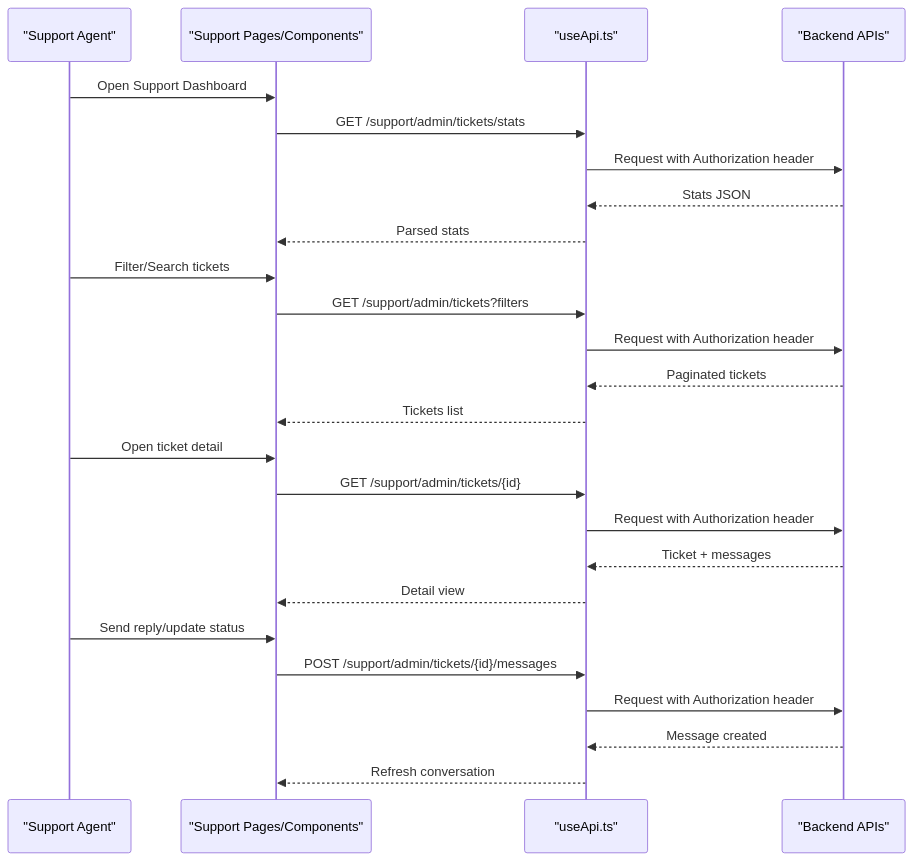
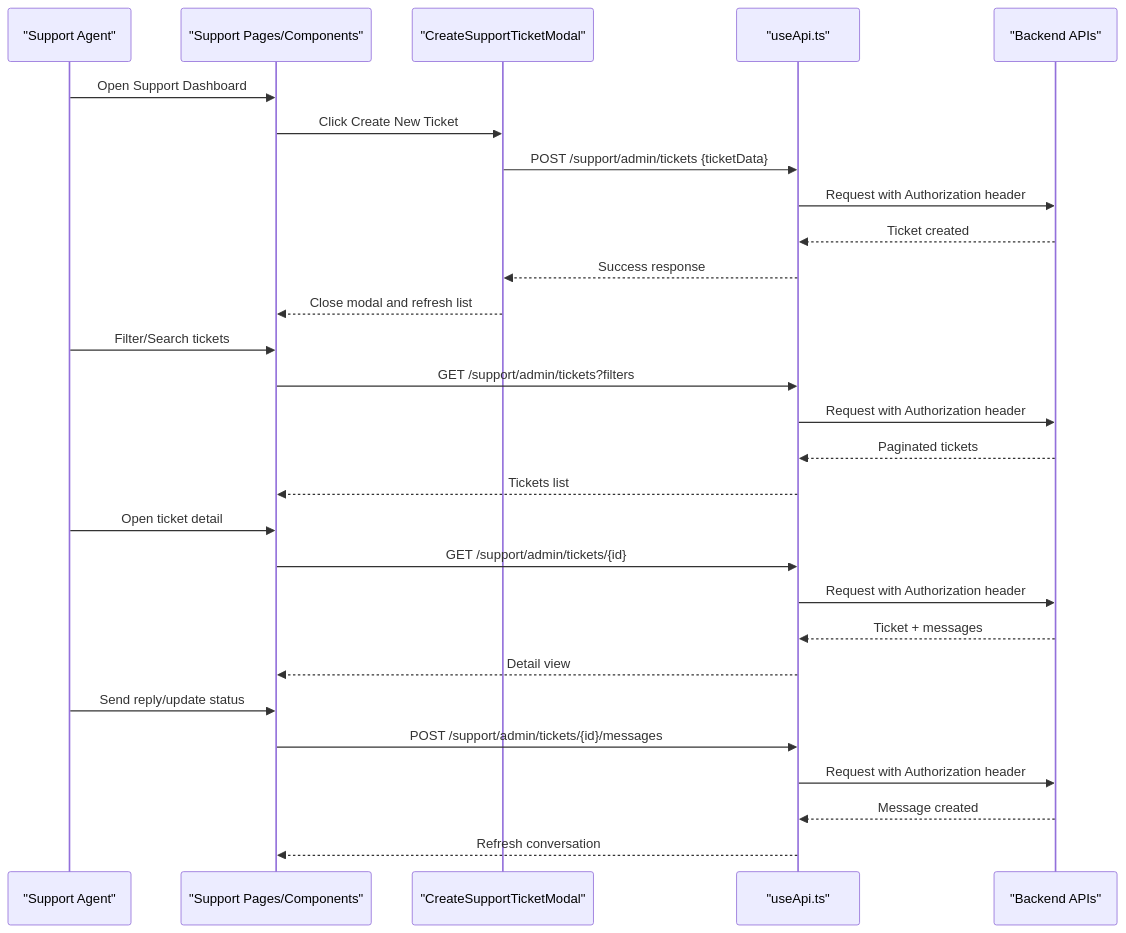
The second of 10 diagrams in .qoder/repowiki/en/content/Business Modules/Support & Communication.md (Lazynerd-Studios/lacarte-atlas-console), drawn with Mermaid before and after one commit. The commit also changed other lines of this file and 23 other files, not shown here.

````diff
--- a/.qoder/repowiki/en/content/Business Modules/Support & Communication.md
+++ b/.qoder/repowiki/en/content/Business Modules/Support & Communication.md
@@ -98,27 +116,30 @@
 ```mermaid
 sequenceDiagram
 participant User as "Support Agent"
 participant UI as "Support Pages/Components"
+participant CreateModal as "CreateSupportTicketModal"
 participant API as "useApi.ts"
 participant Backend as "Backend APIs"
 User->>UI : Open Support Dashboard
-UI->>API : GET /support/admin/tickets/stats
+UI->>CreateModal : Click Create New Ticket
+CreateModal->>API : POST /support/admin/tickets {ticketData}
 API->>Backend : Request with Authorization header
-Backend-->>API : Stats JSON
-API-->>UI : Parsed stats
+Backend-->>API : Ticket created
+API-->>CreateModal : Success response
+CreateModal-->>UI : Close modal and refresh list
 User->>UI : Filter/Search tickets
 UI->>API : GET /support/admin/tickets?filters
 API->>Backend : Request with Authorization header
 Backend-->>API : Paginated tickets
 API-->>UI : Tickets list
 User->>UI : Open ticket detail
 UI->>API : GET /support/admin/tickets/{id}
 API->>Backend : Request with Authorization header
 Backend-->>API : Ticket + messages
 API-->>UI : Detail view
 User->>UI : Send reply/update status
 UI->>API : POST /support/admin/tickets/{id}/messages
 API->>Backend : Request with Authorization header
 Backend-->>API : Message created
 API-->>UI : Refresh conversation
 ```
````
